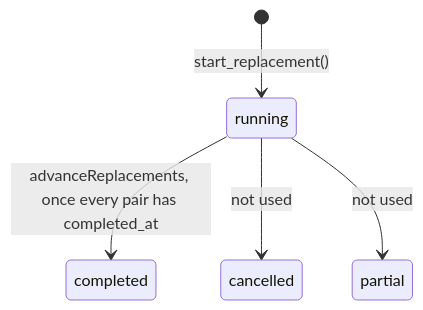
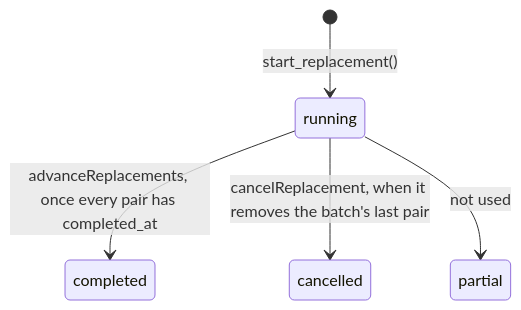
One commit to senthil221/Leadvance-Domain-management changed the third of 8 diagrams in docs/state-machines.md. Above: the diagram before and after it, drawn with Mermaid. The commit also changed other lines of this file and 48 other files, not shown here.

````diff
--- a/docs/state-machines.md
+++ b/docs/state-machines.md
@@ -174,7 +174,7 @@
 ```mermaid
 stateDiagram-v2
   [*] --> running: start_replacement()
   running --> completed: advanceReplacements, once every pair has completed_at
-  running --> cancelled: not used
+  running --> cancelled: cancelReplacement, when it removes the batch's last pair
   running --> partial: not used
 ```
````
